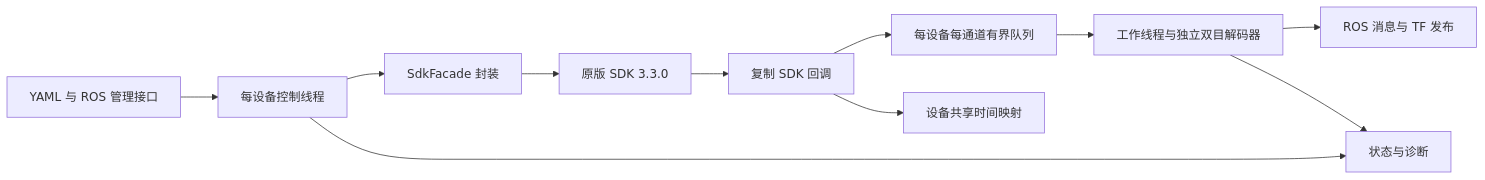
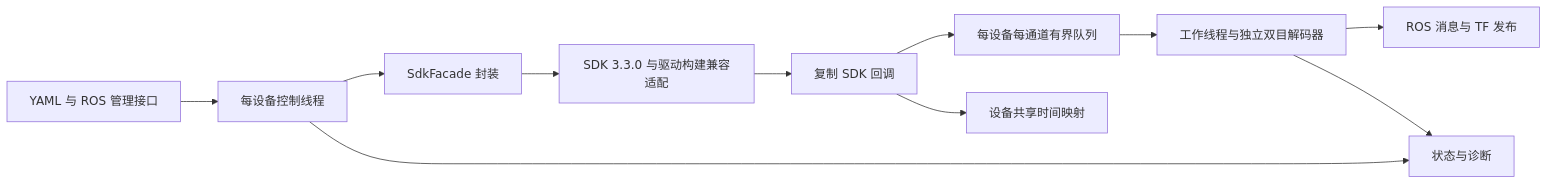
One commit to gloryhry/odin2_ros_driver changed the diagram in docs/architecture.md. Above: the diagram before and after it, drawn with Mermaid. The commit also changed other lines of this file and 3 other files, not shown here.

````diff
--- a/docs/architecture.md
+++ b/docs/architecture.md
@@ -5,13 +5,13 @@
 ```mermaid
 flowchart LR
   YAML[YAML 与 ROS 管理接口] --> C[每设备控制线程]
   C --> F[SdkFacade 封装]
-  F --> SDK[原版 SDK 3.3.0]
+  F --> SDK[SDK 3.3.0 与驱动构建兼容适配]
   SDK --> CB[复制 SDK 回调]
   CB --> Q[每设备每通道有界队列]
   Q --> W[工作线程与独立双目解码器]
   W --> ROS[ROS 消息与 TF 发布]
   CB --> T[设备共享时间映射]
   C --> D[状态与诊断]
   W --> D
 ```
````
